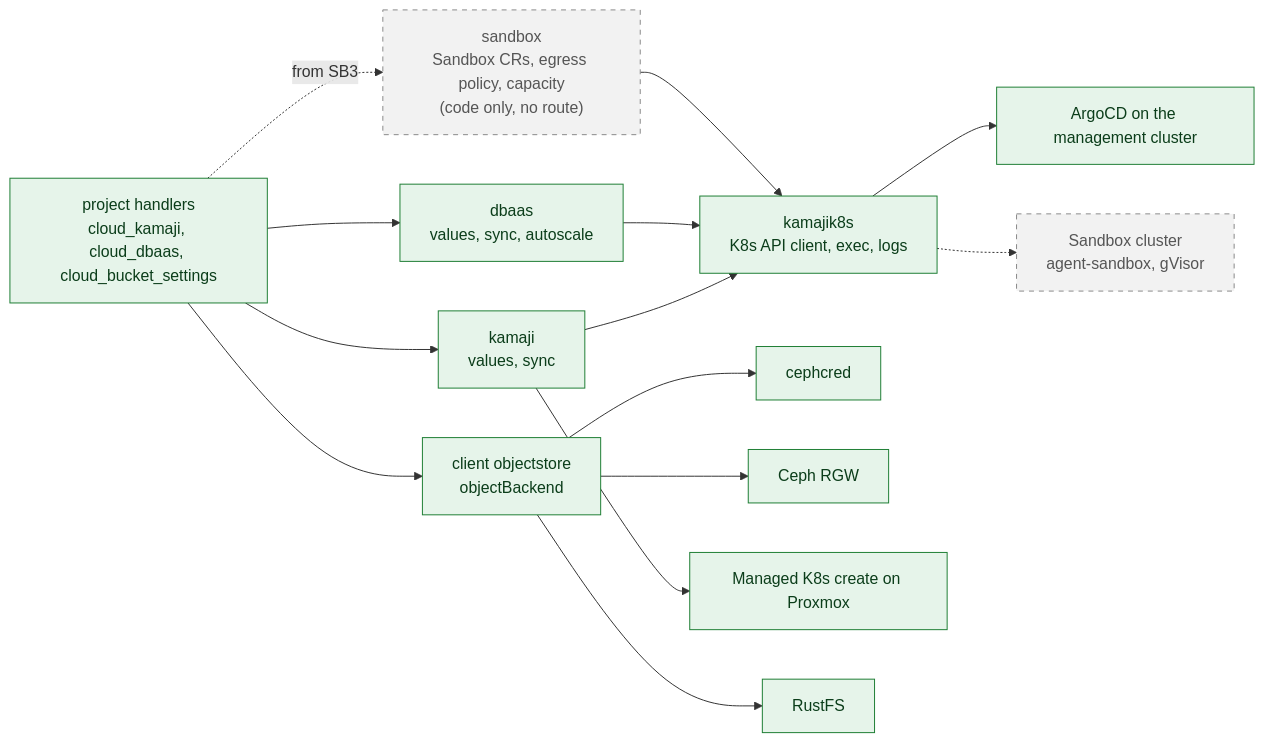
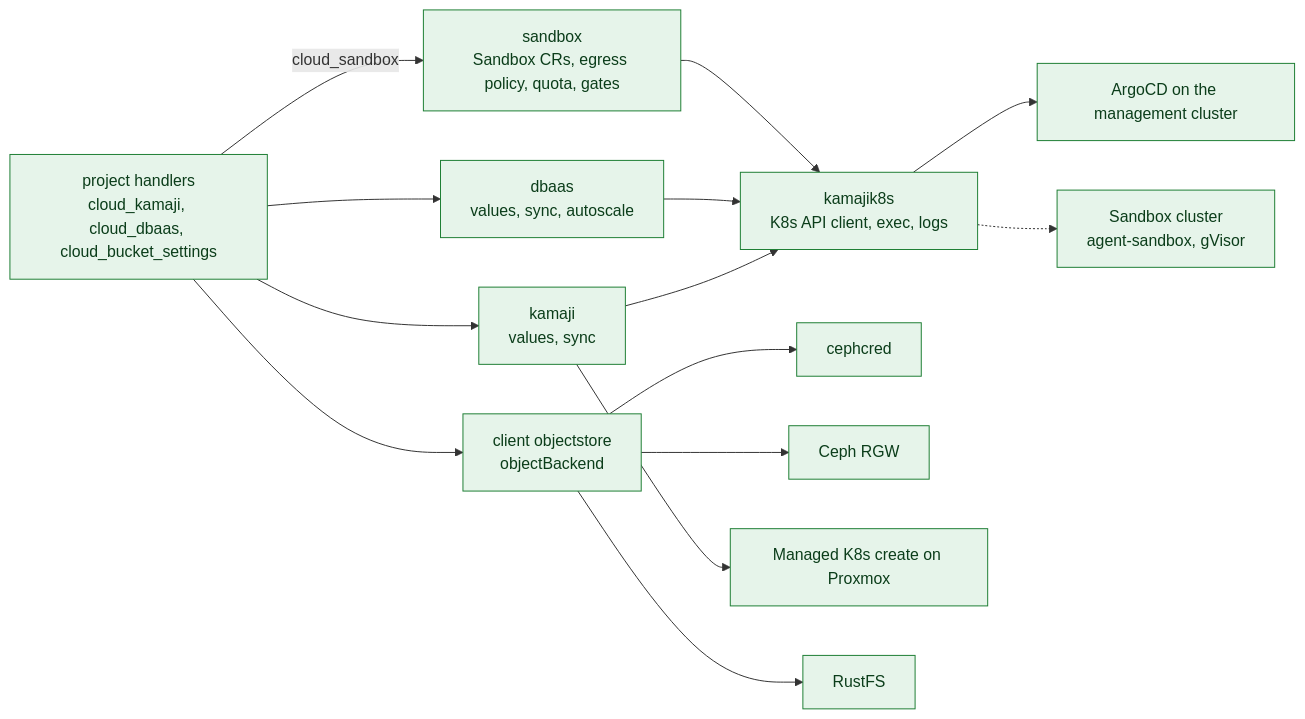
One commit to mutex-solutions/proxcloud changed the fifth of 5 diagrams in docs/architecture/c4/c3-components.md. Above: the diagram before and after it, drawn with Mermaid. The commit also changed other lines of this file and 54 other files, not shown here.

````diff
--- a/docs/architecture/c4/c3-components.md
+++ b/docs/architecture/c4/c3-components.md
@@ -281,32 +281,32 @@
 ```mermaid
 flowchart LR
   classDef impl fill:#e6f4ea,stroke:#1e7e34,color:#0b3d1a
   classDef planned fill:#f2f2f2,stroke:#8a8a8a,stroke-dasharray:5 5,color:#555555
 
   ph["project handlers<br/>cloud_kamaji, cloud_dbaas, cloud_bucket_settings"]:::impl
   kam["kamaji<br/>values, sync"]:::impl
   dba["dbaas<br/>values, sync, autoscale"]:::impl
   k8s["kamajik8s<br/>K8s API client, exec, logs"]:::impl
-  sbx["sandbox<br/>Sandbox CRs, egress policy, capacity<br/>(code only, no route)"]:::planned
-  sbxc["Sandbox cluster<br/>agent-sandbox, gVisor"]:::planned
+  sbx["sandbox<br/>Sandbox CRs, egress policy, quota, gates"]:::impl
+  sbxc["Sandbox cluster<br/>agent-sandbox, gVisor"]:::impl
   obj["client objectstore<br/>objectBackend"]:::impl
   ccred["cephcred"]:::impl
   argo["ArgoCD on the management cluster"]:::impl
   rgw["Ceph RGW"]:::impl
   pvek8s["Managed K8s create on Proxmox"]:::impl
   rustfs["RustFS"]:::impl
 
   ph --> kam
   ph --> dba
   ph --> obj
   kam --> k8s
   dba --> k8s
   k8s --> argo
   obj --> ccred
   obj --> rgw
   kam --> pvek8s
   obj --> rustfs
-  ph -.->|from SB3| sbx
+  ph -->|cloud_sandbox| sbx
   sbx --> k8s
   k8s -.-> sbxc
 ```
````
